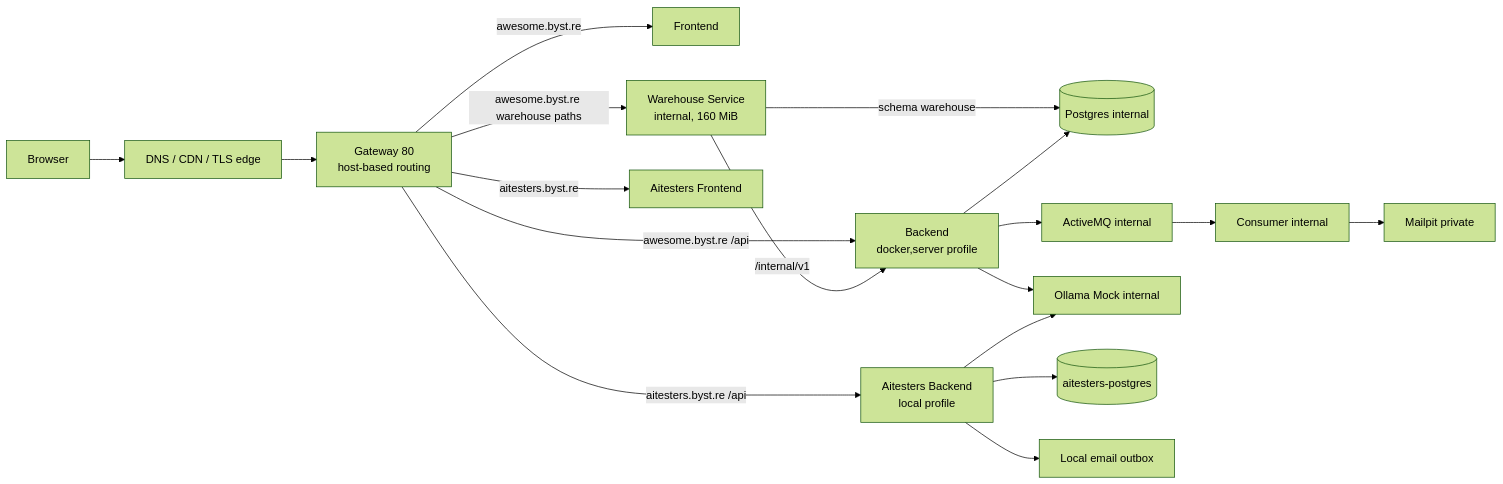
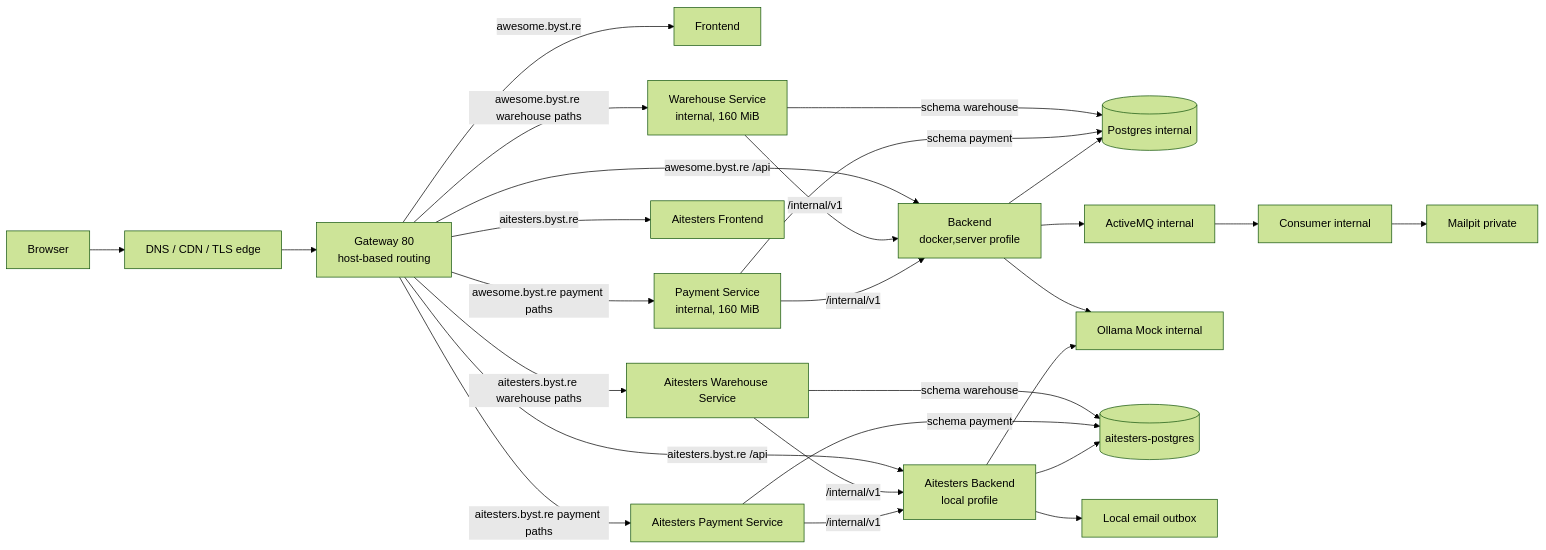
Before and after one commit to slawekradzyminski/awesome-localstack: the third of 3 diagrams in docs/PROFILE_URLS.md, drawn with Mermaid (forest theme). The commit also changed other lines of this file and 41 other files, not shown here.

````diff
--- a/docs/PROFILE_URLS.md
+++ b/docs/PROFILE_URLS.md
@@ -76,22 +84,31 @@
 ```mermaid
 flowchart LR
     U[Browser] --> CF[DNS / CDN / TLS edge]
     CF --> G[Gateway 80<br/>host-based routing]
 
     G -->|awesome.byst.re| F[Frontend]
     G -->|awesome.byst.re /api| B[Backend<br/>docker,server profile]
     G -->|awesome.byst.re warehouse paths| W[Warehouse Service<br/>internal, 160 MiB]
+    G -->|awesome.byst.re payment paths| PS[Payment Service<br/>internal, 160 MiB]
     W -->|/internal/v1| B
+    PS -->|/internal/v1| B
     W -->|schema warehouse| DB
+    PS -->|schema payment| DB
     B --> DB[(Postgres internal)]
     B --> MQ[ActiveMQ internal]
     MQ --> C[Consumer internal]
     C --> MH[Mailpit private]
     B --> O[Ollama Mock internal]
 
     G -->|aitesters.byst.re| AF[Aitesters Frontend]
     G -->|aitesters.byst.re /api| AB[Aitesters Backend<br/>local profile]
+    G -->|aitesters.byst.re warehouse paths| AW[Aitesters Warehouse Service]
+    G -->|aitesters.byst.re payment paths| APS[Aitesters Payment Service]
+    AW -->|/internal/v1| AB
+    APS -->|/internal/v1| AB
+    AW -->|schema warehouse| APG
+    APS -->|schema payment| APG
     AB --> APG[(aitesters-postgres)]
     AB --> LO[Local email outbox]
     AB --> O
 ```
````
